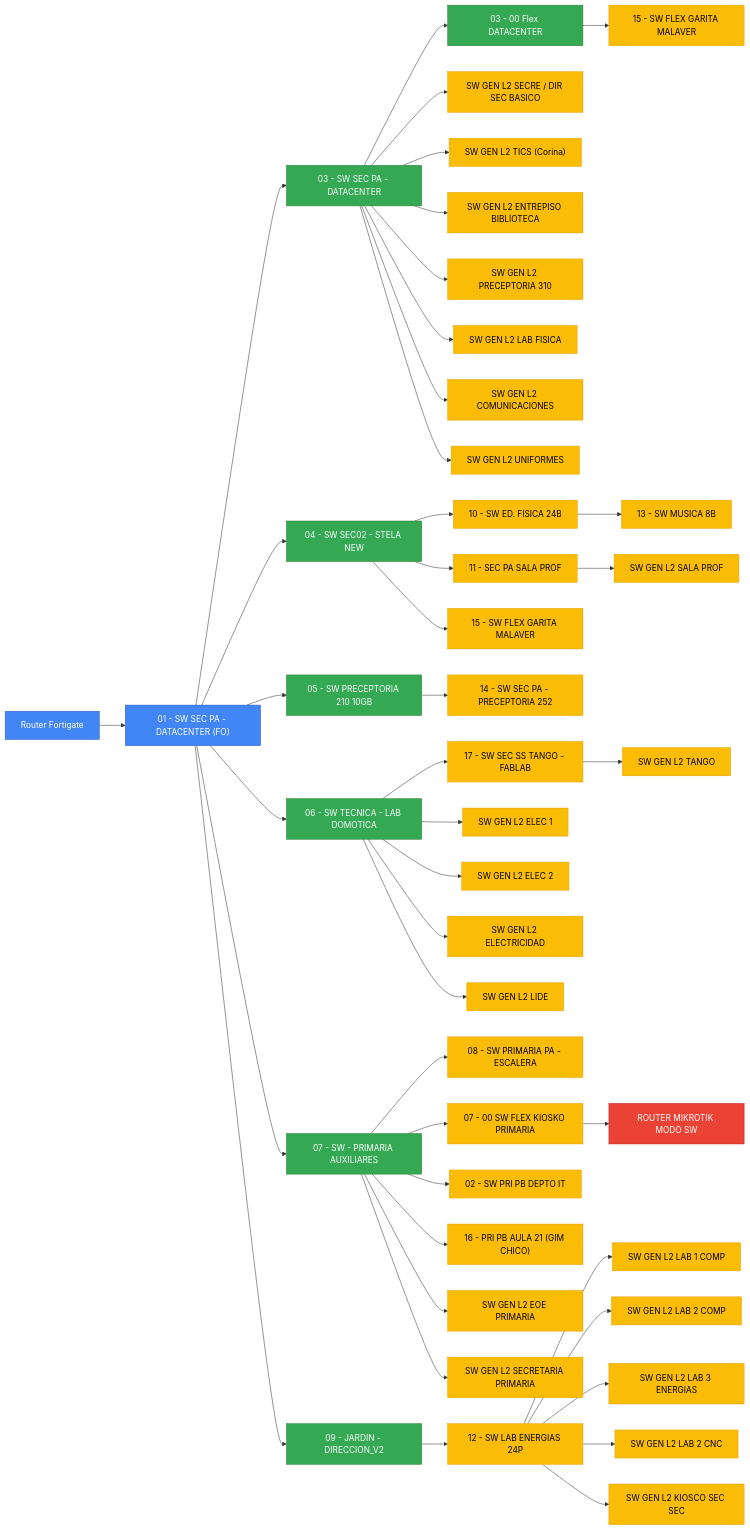
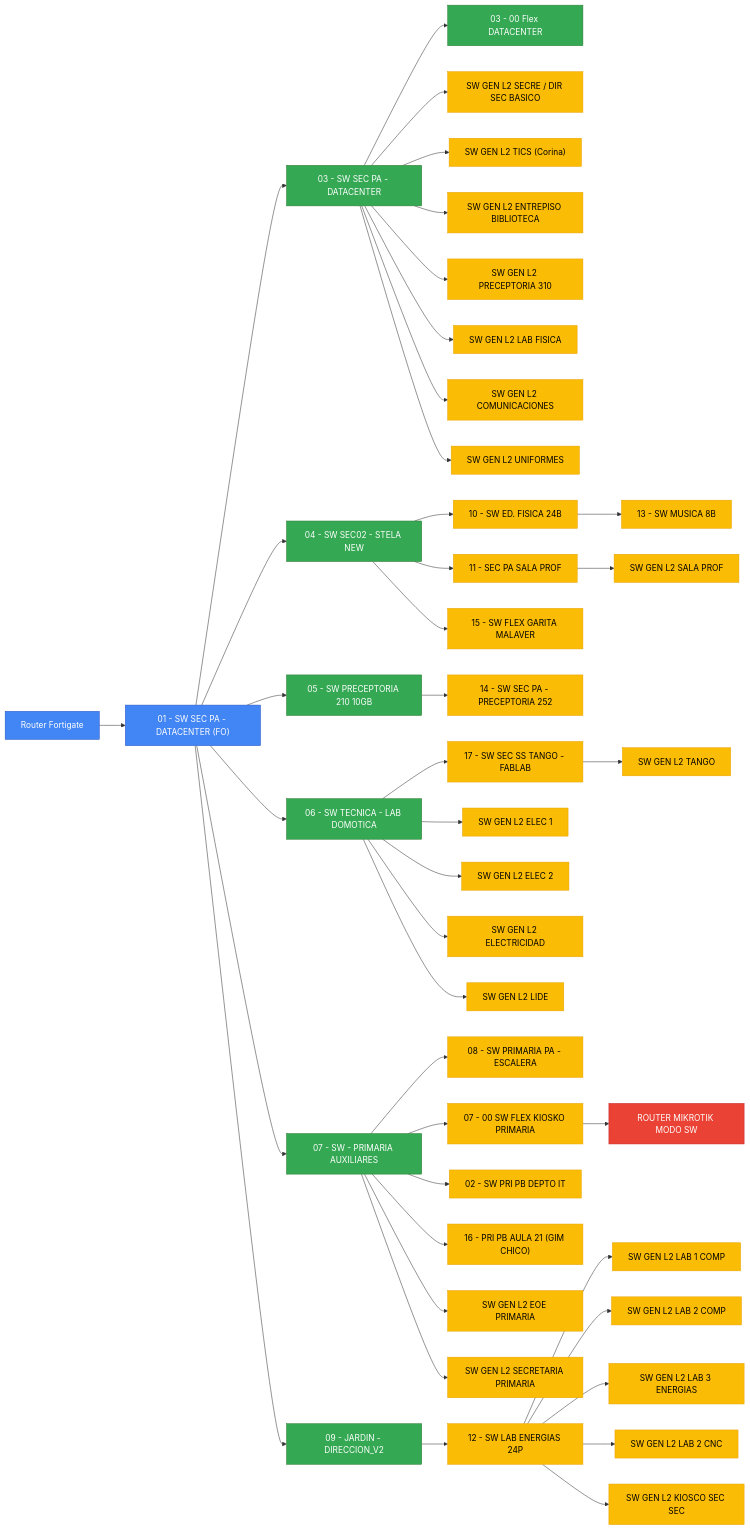
The diagram in README.md (carlostcba/Topologia-LSF), drawn with Mermaid before and after one commit.

````diff
--- a/README.md
+++ b/README.md
@@ -2,59 +2,58 @@
 ```mermaid
 flowchart LR
     classDef core fill:#4285F4,stroke:#2A56C6,color:white;
     classDef distribucion fill:#34A853,stroke:#2E7D32,color:white;
     classDef acceso fill:#FBBC05,stroke:#E8A203,color:black;
     classDef especial fill:#EA4335,stroke:#C62828,color:white;
 
     RF[Router Fortigate] --> C01["01 - SW SEC PA - DATACENTER (FO)"]
     C01 --> S03["03 - SW SEC PA - DATACENTER"]
     S03 --> F03["03 - 00 Flex DATACENTER"]
-    F03 --> FLEX1["15 - SW FLEX GARITA MALAVER"]
     S03 --> S031["SW GEN L2 SECRE / DIR SEC BASICO"]
     S03 --> S032["SW GEN L2 TICS (Corina)"]
     S03 --> S033["SW GEN L2 ENTREPISO BIBLIOTECA"]
     S03 --> S034["SW GEN L2 PRECEPTORIA 310"]
     S03 --> S035["SW GEN L2 LAB FISICA"]
     S03 --> S036["SW GEN L2 COMUNICACIONES"]
     S03 --> S037["SW GEN L2 UNIFORMES"]
 
     C01 --> S04["04 - SW SEC02 - STELA NEW"]
     S04 --> E10["10 - SW ED. FISICA 24B"]
     E10 --> M13["13 - SW MUSICA 8B"]
     S04 --> P11["11 - SEC PA SALA PROF"]
     P11 --> SPROF["SW GEN L2 SALA PROF"]
     S04 --> FLEX2["15 - SW FLEX GARITA MALAVER"]
 
     C01 --> S05["05 - SW PRECEPTORIA 210 10GB"]
     S05 --> P14["14 - SW SEC PA - PRECEPTORIA 252"]
 
     C01 --> S06["06 - SW TECNICA - LAB DOMOTICA"]
     S06 --> T17["17 - SW SEC SS TANGO - FABLAB"]
     T17 --> TANGO["SW GEN L2 TANGO"]
     S06 --> ELEC1["SW GEN L2 ELEC 1"]
     S06 --> ELEC2["SW GEN L2 ELEC 2"]
     S06 --> ELEC3["SW GEN L2 ELECTRICIDAD"]
     S06 --> LIDE["SW GEN L2 LIDE"]
 
     C01 --> S07["07 - SW - PRIMARIA AUXILIARES"]
     S07 --> P08["08 - SW PRIMARIA PA - ESCALERA"]
     S07 --> K07["07 - 00 SW FLEX KIOSKO PRIMARIA"]
     K07 --> RMIK["ROUTER MIKROTIK MODO SW"]
     S07 --> D02["02 - SW PRI PB DEPTO IT"]
     S07 --> G16["16 - PRI PB AULA 21 (GIM CHICO)"]
     S07 --> EOE["SW GEN L2 EOE PRIMARIA"]
     S07 --> SPRI["SW GEN L2 SECRETARIA PRIMARIA"]
 
     C01 --> S09["09 - JARDIN - DIRECCION_V2"]
     S09 --> L12["12 - SW LAB ENERGIAS 24P"]
     L12 --> LC1["SW GEN L2 LAB 1 COMP"]
     L12 --> LC2["SW GEN L2 LAB 2 COMP"]
     L12 --> LE3["SW GEN L2 LAB 3 ENERGIAS"]
     L12 --> CNC["SW GEN L2 LAB 2 CNC"]
     L12 --> KSEC["SW GEN L2 KIOSCO SEC SEC"]
 
     class RF,C01 core;
     class S03,S04,S05,S06,S07,S09,F03 distribucion;
     class FLEX1,FLEX2,S031,S032,S033,S034,S035,S036,S037,E10,M13,P11,SPROF,P14,T17,TANGO,ELEC1,ELEC2,ELEC3,LIDE,P08,K07,RMIK,D02,G16,EOE,SPRI,L12,LC1,LC2,LE3,CNC,KSEC acceso;
     class RMIK especial;
 ```
````
